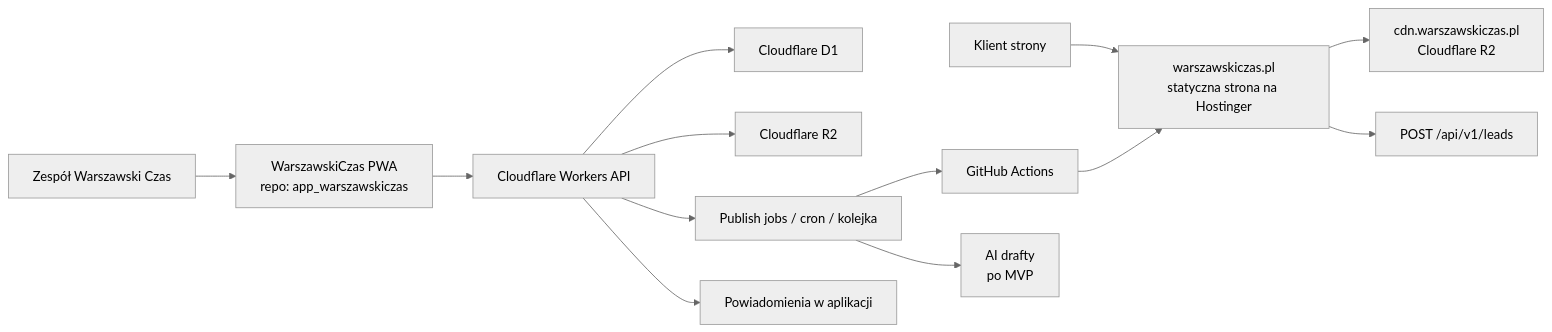
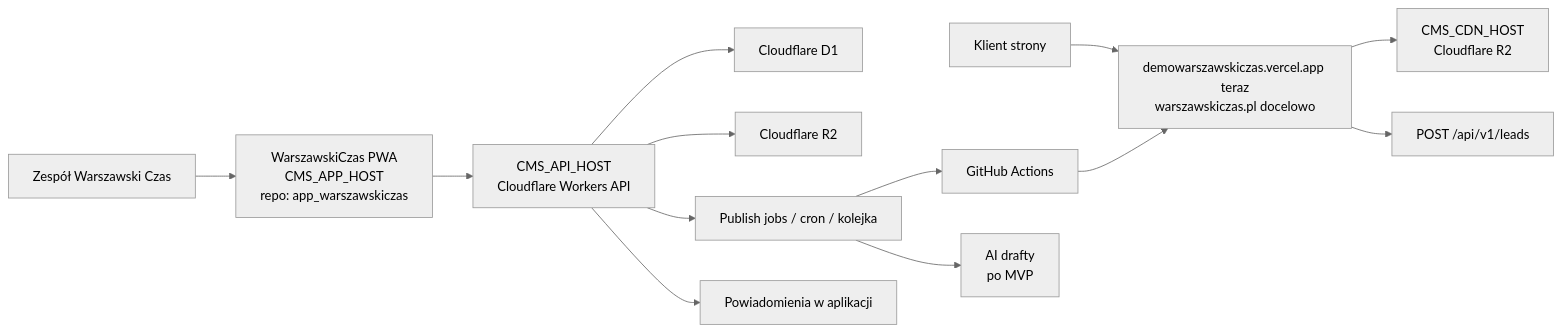
One commit to KamilaseQ/website_warszawskiczas changed the first of 4 diagrams in documentation/CMS-CRM-APP-PLAN.md. Above: the diagram before and after it, drawn with Mermaid (neutral theme). The commit also changed other lines of this file and 9 other files, not shown here.

````diff
--- a/documentation/CMS-CRM-APP-PLAN.md
+++ b/documentation/CMS-CRM-APP-PLAN.md
@@ -34,17 +36,17 @@
 ```mermaid
 flowchart LR
-  Customer["Klient strony"] --> Website["warszawskiczas.pl<br/>statyczna strona na Hostinger"]
-  Website --> CDN["cdn.warszawskiczas.pl<br/>Cloudflare R2"]
+  Customer["Klient strony"] --> Website["demowarszawskiczas.vercel.app teraz<br/>warszawskiczas.pl docelowo"]
+  Website --> CDN["CMS_CDN_HOST<br/>Cloudflare R2"]
   Website --> LeadApi["POST /api/v1/leads"]
 
-  Team["Zespół Warszawski Czas"] --> PWA["WarszawskiCzas PWA<br/>repo: app_warszawskiczas"]
-  PWA --> API["Cloudflare Workers API"]
+  Team["Zespół Warszawski Czas"] --> PWA["WarszawskiCzas PWA<br/>CMS_APP_HOST<br/>repo: app_warszawskiczas"]
+  PWA --> API["CMS_API_HOST<br/>Cloudflare Workers API"]
   API --> DB["Cloudflare D1"]
   API --> R2["Cloudflare R2"]
   API --> Jobs["Publish jobs / cron / kolejka"]
   Jobs --> GitHub["GitHub Actions"]
   GitHub --> Website
 
   API --> Notifications["Powiadomienia w aplikacji"]
   Jobs --> FutureAI["AI drafty<br/>po MVP"]
 ```
````
